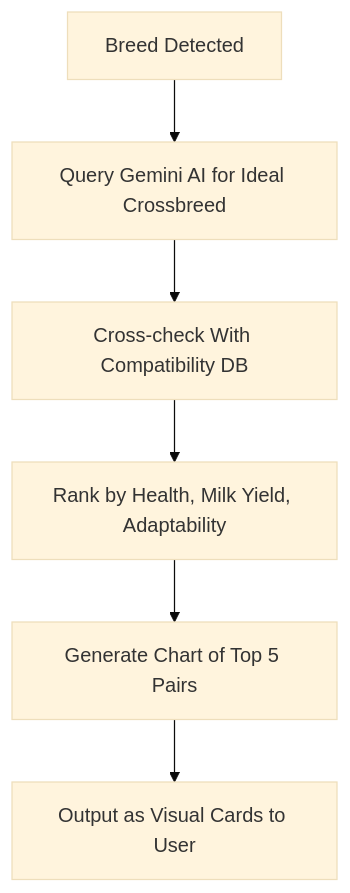
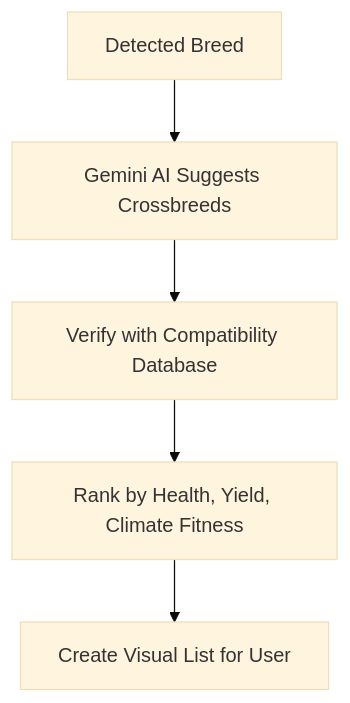
One commit to Maheshh-S/AquaBov changed the third of 5 diagrams in README.md. Above: the diagram before and after it, drawn with Mermaid (base theme). The commit also changed other lines of this file, not shown here.

````diff
--- a/README.md
+++ b/README.md
@@ -57,8 +55,7 @@
 ```mermaid
 graph TD;
-    B[Breed Detected] --> C[Query Gemini AI for Ideal Crossbreed]
-    C --> D[Cross-check With Compatibility DB]
-    D --> E[Rank by Health, Milk Yield, Adaptability]
-    E --> F[Generate Chart of Top 5 Pairs]
-    F --> G[Output as Visual Cards to User]
+    B[Detected Breed] --> C[Gemini AI Suggests Crossbreeds]
+    C --> D[Verify with Compatibility Database]
+    D --> E[Rank by Health, Yield, Climate Fitness]
+    E --> F[Create Visual List for User]
 ```
````
